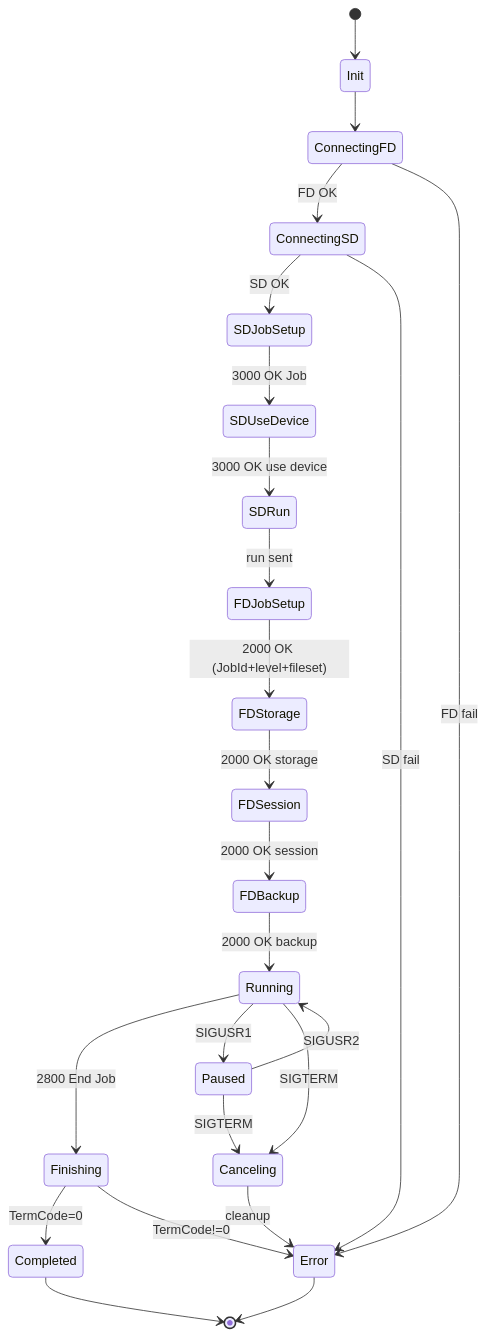
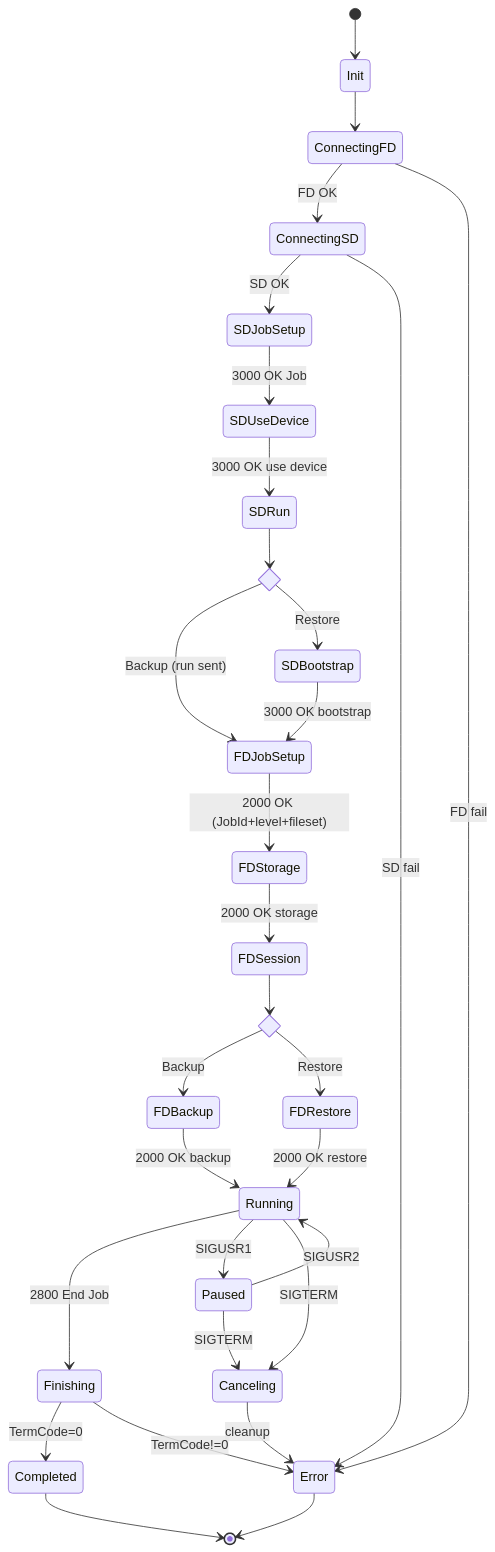
One commit to Beerlesklopfer/Onesimus changed the third of 4 diagrams in docs/backup-protocol.md. Above: the diagram before and after it, drawn with Mermaid. The commit also changed other lines of this file and 19 other files, not shown here.

````diff
--- a/docs/backup-protocol.md
+++ b/docs/backup-protocol.md
@@ -140,26 +267,40 @@
 ```mermaid
 stateDiagram-v2
     [*] --> Init
     Init --> ConnectingFD
     ConnectingFD --> ConnectingSD : FD OK
     ConnectingFD --> Error : FD fail
     ConnectingSD --> SDJobSetup : SD OK
     ConnectingSD --> Error : SD fail
     SDJobSetup --> SDUseDevice : 3000 OK Job
     SDUseDevice --> SDRun : 3000 OK use device
-    SDRun --> FDJobSetup : run sent
+
+    state backup_or_restore <<choice>>
+    SDRun --> backup_or_restore
+    backup_or_restore --> FDJobSetup : Backup (run sent)
+    backup_or_restore --> SDBootstrap : Restore
+
+    SDBootstrap --> FDJobSetup : 3000 OK bootstrap
+
     FDJobSetup --> FDStorage : 2000 OK (JobId+level+fileset)
     FDStorage --> FDSession : 2000 OK storage
-    FDSession --> FDBackup : 2000 OK session
+
+    state session_choice <<choice>>
+    FDSession --> session_choice
+    session_choice --> FDBackup : Backup
+    session_choice --> FDRestore : Restore
+
     FDBackup --> Running : 2000 OK backup
+    FDRestore --> Running : 2000 OK restore
+
     Running --> Finishing : 2800 End Job
     Running --> Paused : SIGUSR1
     Running --> Canceling : SIGTERM
     Paused --> Running : SIGUSR2
     Paused --> Canceling : SIGTERM
     Canceling --> Error : cleanup
     Finishing --> Completed : TermCode=0
     Finishing --> Error : TermCode!=0
     Completed --> [*]
     Error --> [*]
 ```
````
